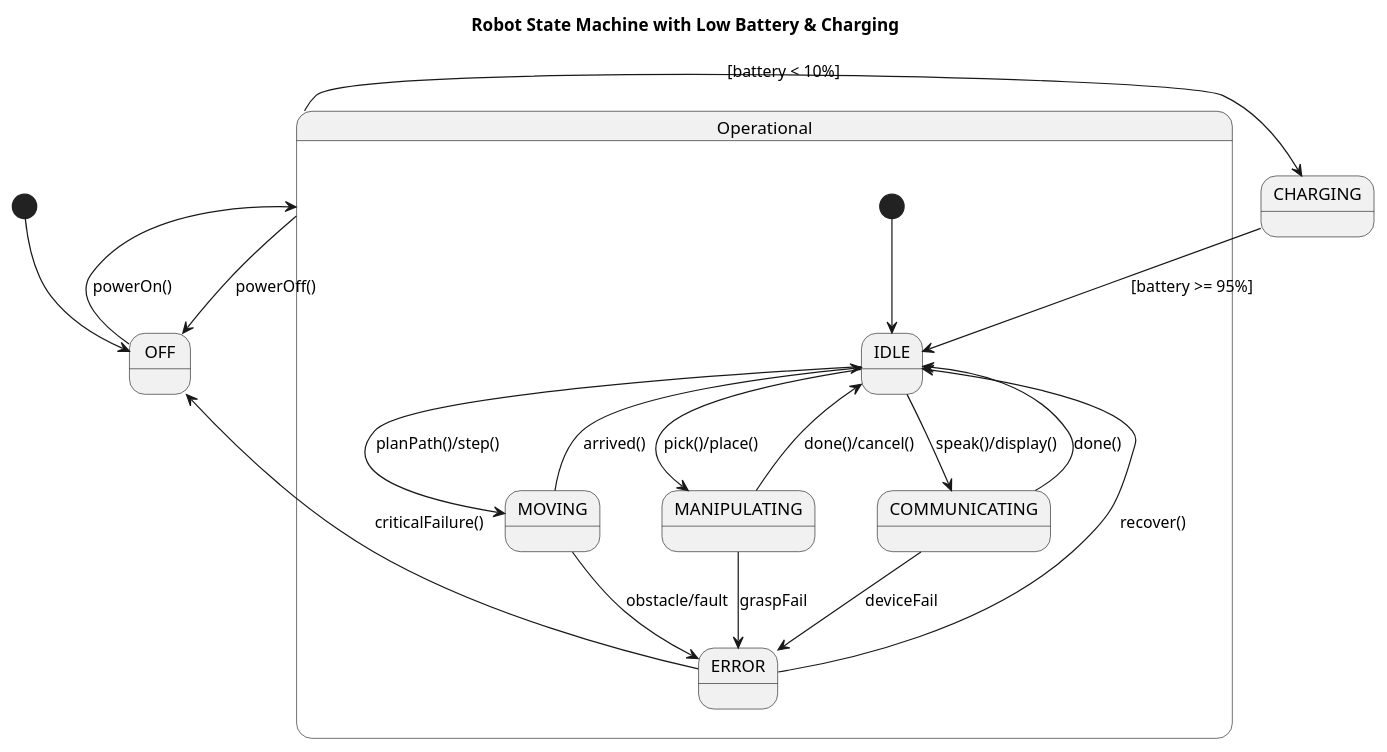
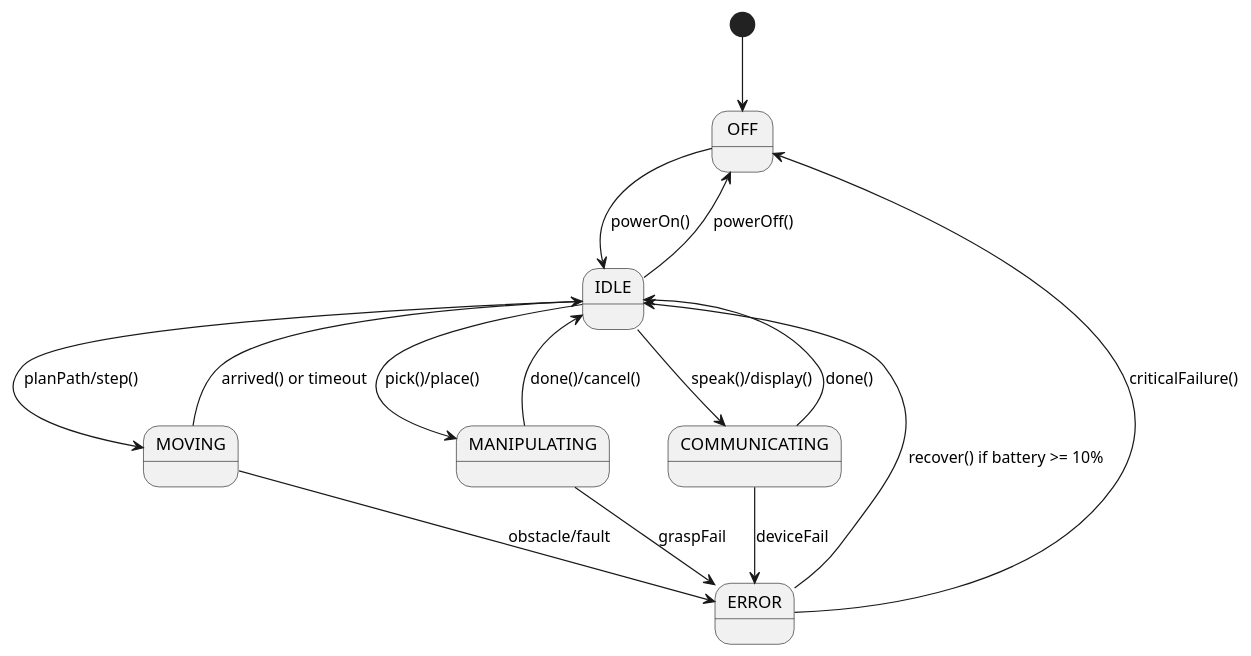
The diagram in OOP_PCOM7E_Assignment/uml/state_diagram.puml (va-angelier/va-angelier.github.io), drawn with PlantUML before and after one commit. The commit also changed 26 other files, not shown here.

Commit message:
Latest UML + images and updated readme

```diff
--- a/OOP_PCOM7E_Assignment/uml/state_diagram.puml
+++ b/OOP_PCOM7E_Assignment/uml/state_diagram.puml
@@ -1,28 +1,16 @@
 @startuml
-title Robot State Machine with Low Battery & Charging
-
 [*] --> OFF
-OFF --> Operational : powerOn()
-Operational --> OFF : powerOff()
-
-state Operational {
-  [*] --> IDLE
-  IDLE --> MOVING : planPath()/step()
-  MOVING --> IDLE : arrived()
-  IDLE --> MANIPULATING : pick()/place()
-  MANIPULATING --> IDLE : done()/cancel()
-  IDLE --> COMMUNICATING : speak()/display()
-  COMMUNICATING --> IDLE : done()
-  MOVING --> ERROR : obstacle/fault
-  MANIPULATING --> ERROR : graspFail
-  COMMUNICATING --> ERROR : deviceFail
-}
-
-Operational --> CHARGING : [battery < 10%]
-state CHARGING
-CHARGING --> IDLE : [battery >= 95%]
-
-state ERROR
-ERROR --> IDLE : recover()
-ERROR --> OFF  : criticalFailure()
+OFF --> IDLE : powerOn()
+IDLE --> OFF : powerOff()
+IDLE --> MOVING : planPath/step()
+MOVING --> IDLE : arrived() or timeout
+MOVING --> ERROR : obstacle/fault
+IDLE --> MANIPULATING : pick()/place()
+MANIPULATING --> IDLE : done()/cancel()
+MANIPULATING --> ERROR : graspFail
+IDLE --> COMMUNICATING : speak()/display()
+COMMUNICATING --> IDLE : done()
+COMMUNICATING --> ERROR : deviceFail
+ERROR --> IDLE : recover() if battery >= 10%
+ERROR --> OFF : criticalFailure()
 @enduml
```
